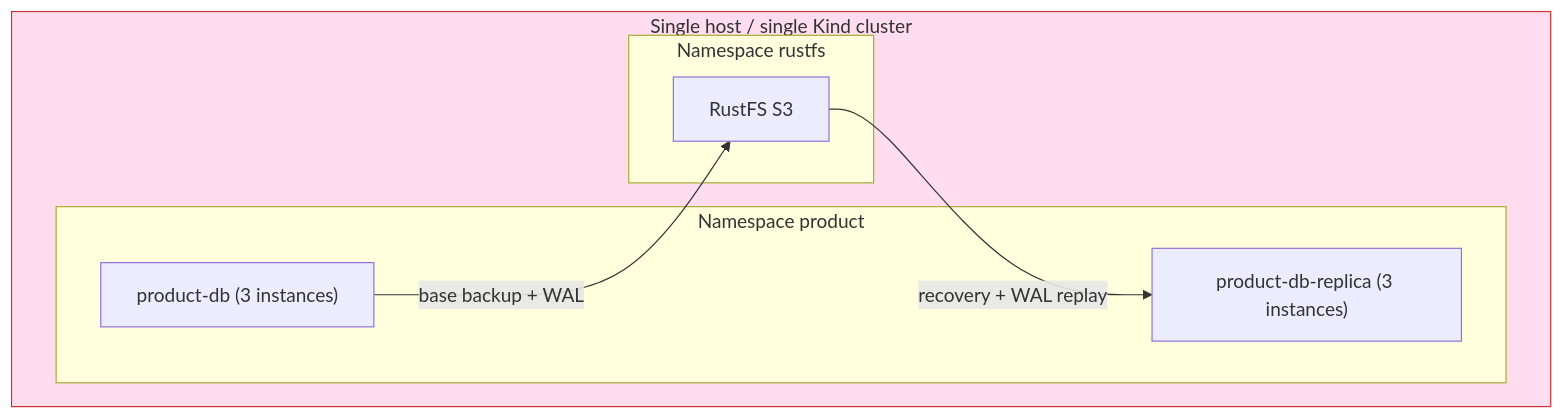
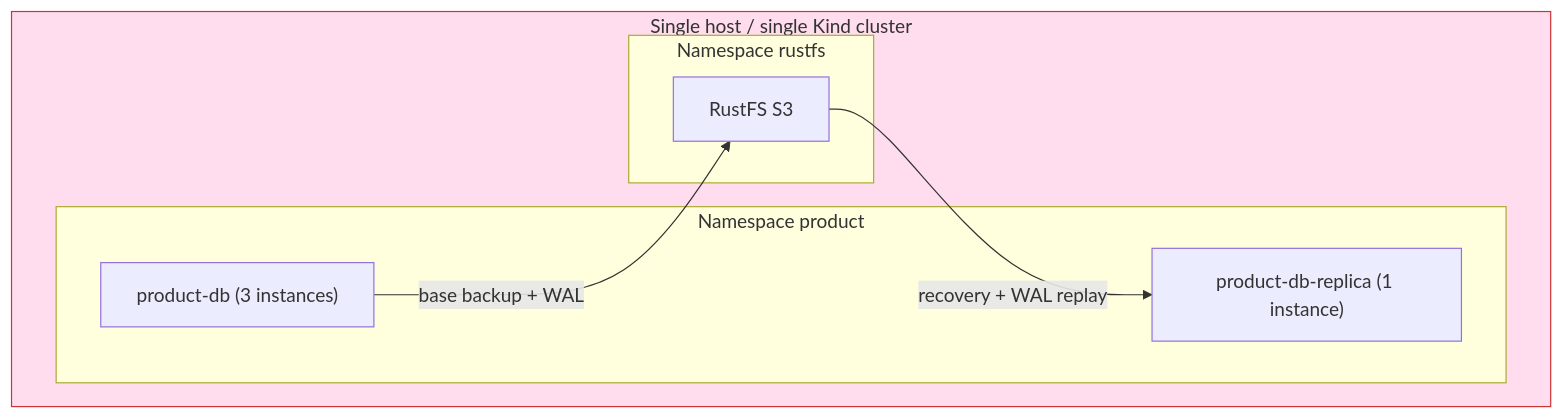
Before and after one commit to duynhlab/homelab: the first of 2 diagrams in docs/databases/cross-region-dr.md, drawn with Mermaid. The commit also changed other lines of this file and 12 other files, not shown here.

First line of the commit message:
perf(databases): run the DR replica cluster on one instance

````diff
--- a/docs/databases/cross-region-dr.md
+++ b/docs/databases/cross-region-dr.md
@@ -15,16 +15,16 @@
 ```mermaid
 flowchart TB
   subgraph host ["Single host / single Kind cluster"]
     subgraph productNs ["Namespace product"]
       primary["product-db (3 instances)"]
-      dr["product-db-replica (3 instances)"]
+      dr["product-db-replica (1 instance)"]
     end
     subgraph rustfsNs ["Namespace rustfs"]
       rustfs["RustFS S3"]
     end
     primary -->|"base backup + WAL"| rustfs
     rustfs -->|"recovery + WAL replay"| dr
   end
   classDef risk fill:#fde,stroke:#c33;
   class host risk;
 ```
````
